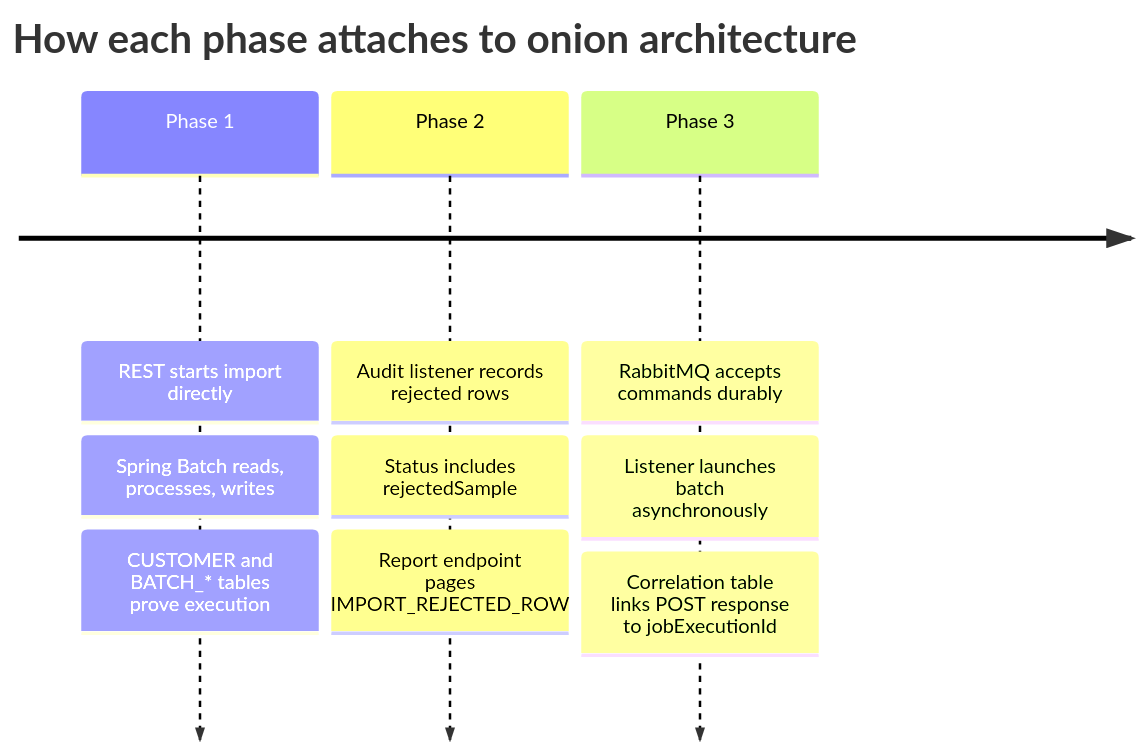
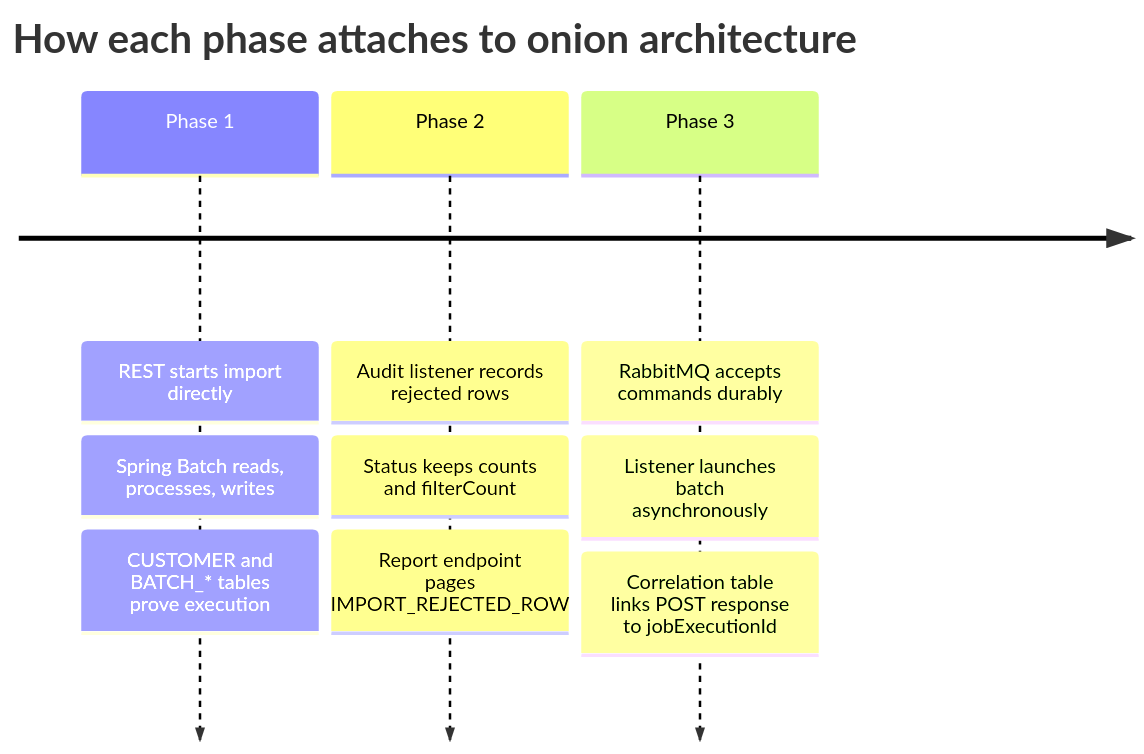
Before and after one commit to My-R360/spring-batch-demo: the fifth of 6 diagrams in slidev/deck-onion.md, drawn with Mermaid. The commit also changed other lines of this file and 31 other files, not shown here.

````diff
--- a/slidev/deck-onion.md
+++ b/slidev/deck-onion.md
@@ -262,13 +262,13 @@
 ```mermaid
 timeline
   title How each phase attaches to onion architecture
   Phase 1 : REST starts import directly
           : Spring Batch reads, processes, writes
           : CUSTOMER and BATCH_* tables prove execution
   Phase 2 : Audit listener records rejected rows
-          : Status includes rejectedSample
+          : Status keeps counts and filterCount
           : Report endpoint pages IMPORT_REJECTED_ROW
   Phase 3 : RabbitMQ accepts commands durably
           : Listener launches batch asynchronously
           : Correlation table links POST response to jobExecutionId
 ```
````
